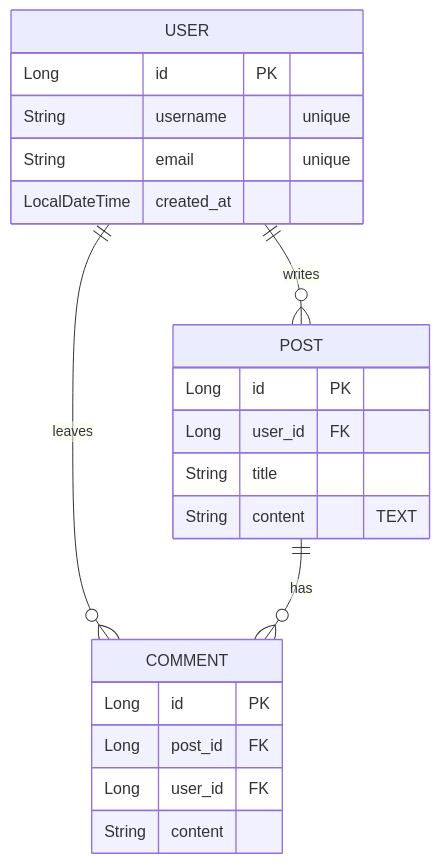
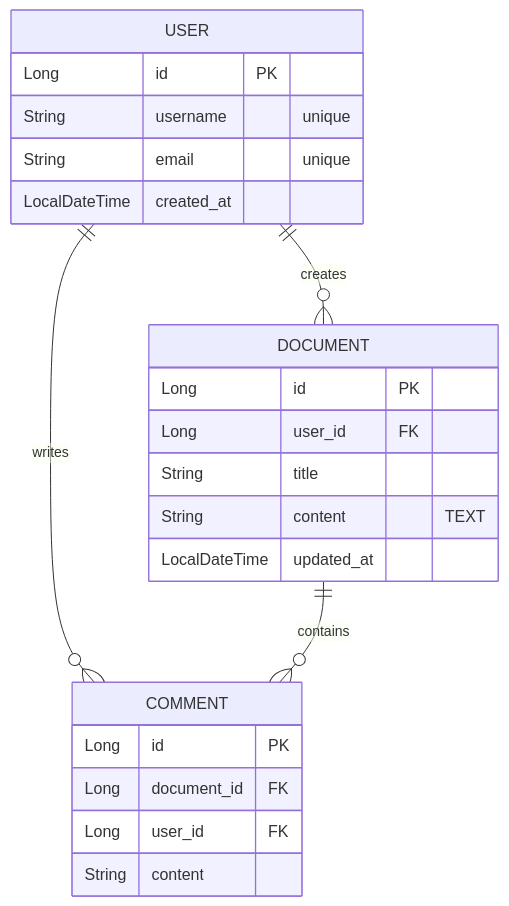
Before and after one commit to yi5oyu/AI: the diagram in Antigravity/project/.agents/skills/database-erd-design/README.md, drawn with Mermaid. The commit also changed other lines of this file, not shown here.

````diff
--- a/Antigravity/project/.agents/skills/database-erd-design/README.md
+++ b/Antigravity/project/.agents/skills/database-erd-design/README.md
@@ -53,28 +53,29 @@
 ```mermaid
 erDiagram
-    USER ||--o{ POST : "writes"
-    USER ||--o{ COMMENT : "leaves"
-    POST ||--o{ COMMENT : "has"
+    USER ||--o{ DOCUMENT : "creates"
+    USER ||--o{ COMMENT : "writes"
+    DOCUMENT ||--o{ COMMENT : "contains"
 
     USER {
         Long id PK
         String username "unique"
         String email "unique"
         LocalDateTime created_at
     }
 
-    POST {
+    DOCUMENT {
         Long id PK
         Long user_id FK
         String title
         String content "TEXT"
+        LocalDateTime updated_at
     }
 
     COMMENT {
         Long id PK
-        Long post_id FK
+        Long document_id FK
         Long user_id FK
         String content
     }
 
 ```
````
